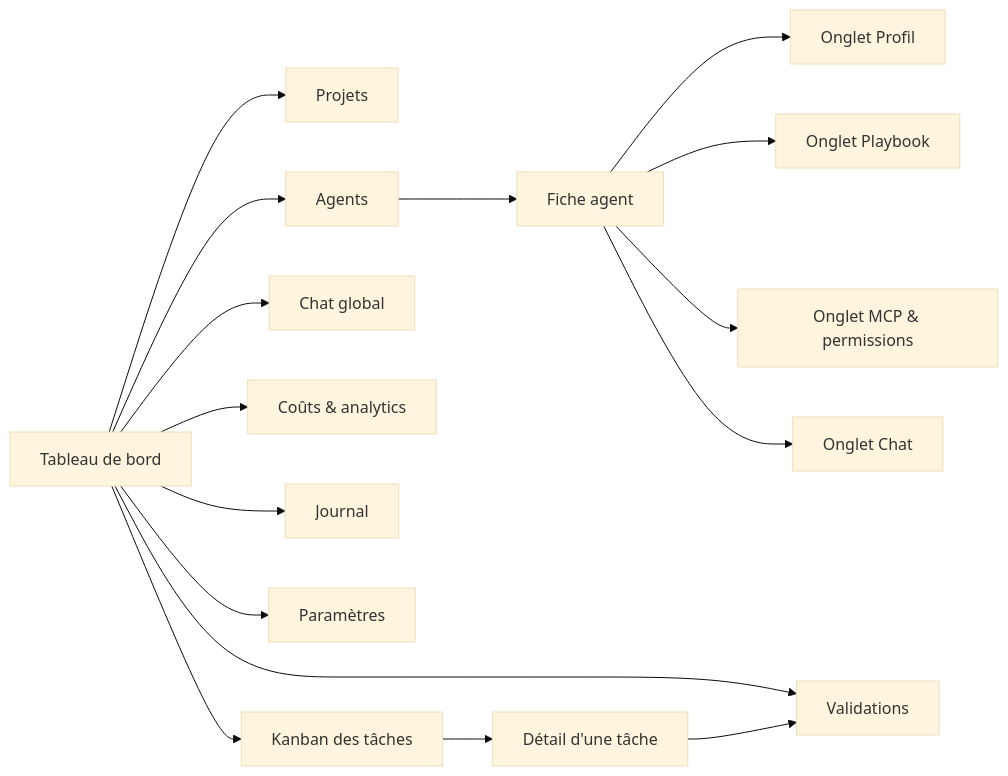
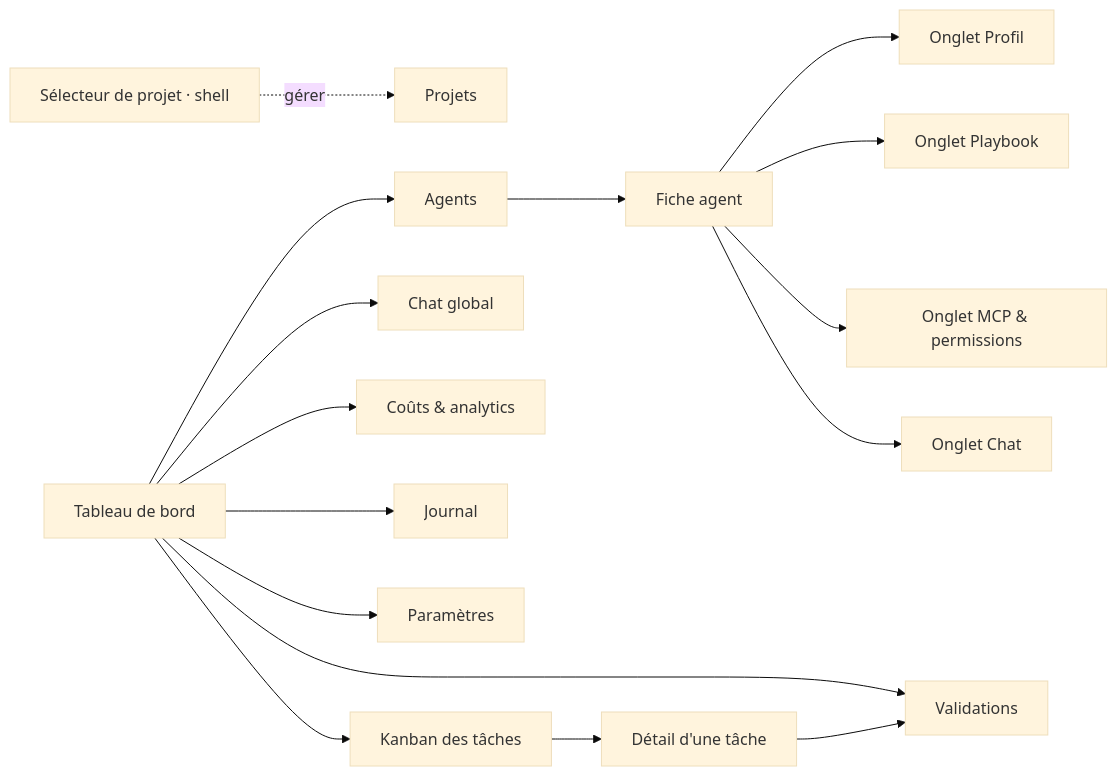
The diagram in docs/05-interface-control-tower.md (automatemaestro-create/maestro), drawn with Mermaid (base theme) before and after one commit. The commit also changed other lines of this file and 7 other files, not shown here.

````diff
--- a/docs/05-interface-control-tower.md
+++ b/docs/05-interface-control-tower.md
@@ -20,18 +22,18 @@
 ```mermaid
 flowchart LR
-    Home[Tableau de bord] --> Projets[Projets]
-    Home --> Agents[Agents]
+    Selecteur[Sélecteur de projet · shell] -. gérer .-> Projets[Projets]
+    Home[Tableau de bord] --> Agents[Agents]
     Home --> Chat[Chat global]
     Home --> Costs[Coûts & analytics]
     Home --> Approve[Validations]
     Home --> Journal[Journal]
     Home --> Settings[Paramètres]
     Home --> Tasks[Kanban des tâches]
     Agents --> AgentDetail[Fiche agent]
     AgentDetail --> Profil[Onglet Profil]
     AgentDetail --> Playbook[Onglet Playbook]
     AgentDetail --> Mcp[Onglet MCP & permissions]
     AgentDetail --> AgentChat[Onglet Chat]
     Tasks --> TaskDetail[Détail d'une tâche]
     TaskDetail --> Approve
 ```
````
